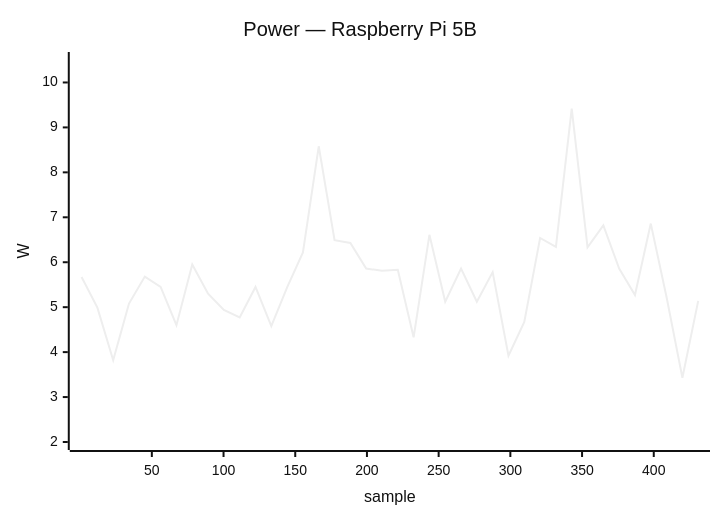
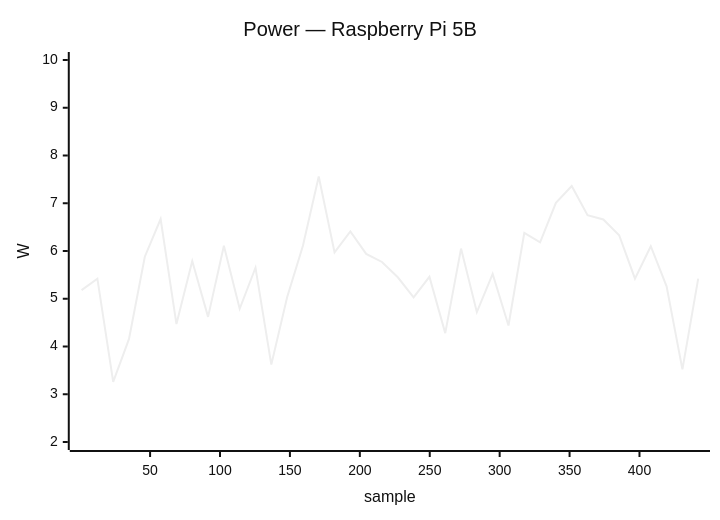
Before and after one commit to armbian/documentation: the eighth of 34 diagrams in docs/status/board-tests.md, drawn with Mermaid (neutral theme). The commit also changed other lines of this file, not shown here.

````diff
--- a/docs/status/board-tests.md
+++ b/docs/status/board-tests.md
@@ -452,7 +452,7 @@
 ```mermaid
 xychart-beta
     title "Power — Raspberry Pi 5B"
-    x-axis "sample" 1 --> 431
-    y-axis "W" 2.0 --> 10.5
-    line [5.67, 4.99, 3.82, 5.08, 5.68, 5.45, 4.60, 5.95, 5.30, 4.94, 4.77, 5.45, 4.58, 5.44, 6.22, 8.58, 6.49, 6.43, 5.86, 5.81, 5.83, 4.33, 6.61, 5.12, 5.86, 5.12, 5.78, 3.92, 4.67, 6.54, 6.34, 9.42, 6.33, 6.82, 5.86, 5.27, 6.86, 5.22, 3.43, 5.14]
+    x-axis "sample" 1 --> 442
+    y-axis "W" 2.0 --> 10.0
+    line [5.18, 5.42, 3.26, 4.16, 5.88, 6.67, 4.47, 5.79, 4.62, 6.11, 4.79, 5.65, 3.62, 5.03, 6.11, 7.56, 5.97, 6.41, 5.94, 5.77, 5.45, 5.03, 5.46, 4.28, 6.05, 4.72, 5.52, 4.44, 6.38, 6.18, 7.01, 7.36, 6.75, 6.66, 6.33, 5.42, 6.10, 5.26, 3.52, 5.42]
 ```
````
